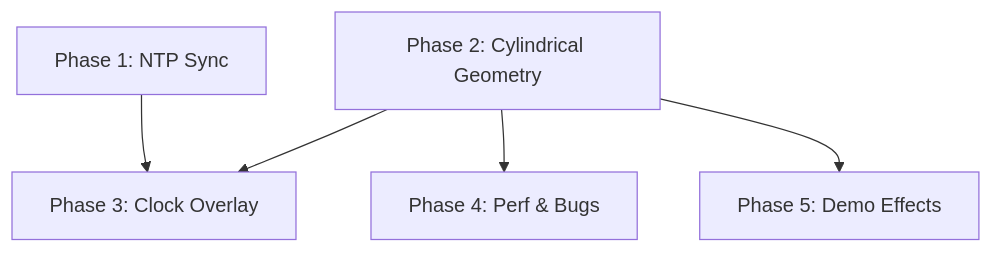
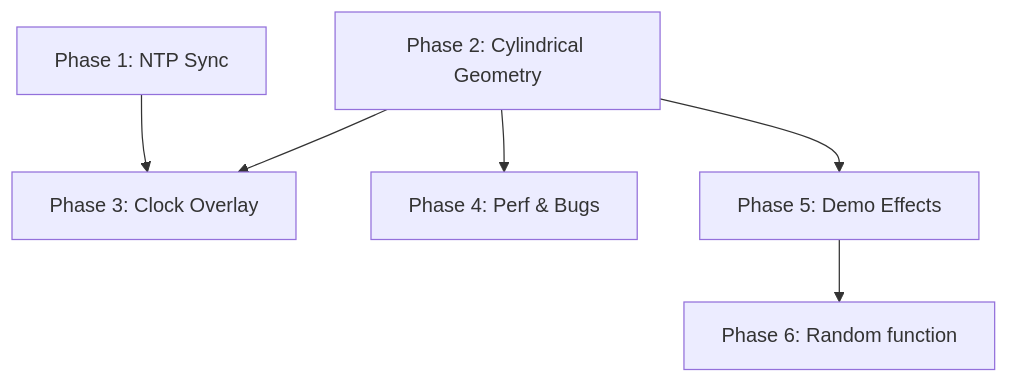
One commit to GOODWORKRINKZ/mylamp changed the diagram in .planning/ROADMAP.md. Above: the diagram before and after it, drawn with Mermaid. The commit also changed other lines of this file and 3 other files, not shown here.

First line of the commit message:
docs(phase-6): context — random, conditional, compute blocks for Lux DSL

````diff
--- a/.planning/ROADMAP.md
+++ b/.planning/ROADMAP.md
@@ -110,7 +110,8 @@
 ```mermaid
 graph TD
     P1[Phase 1: NTP Sync] --> P3[Phase 3: Clock Overlay]
     P2[Phase 2: Cylindrical Geometry] --> P3
     P2 --> P4[Phase 4: Perf & Bugs]
     P2 --> P5[Phase 5: Demo Effects]
+    P5 --> P6[Phase 6: Random function]
 ```
````
